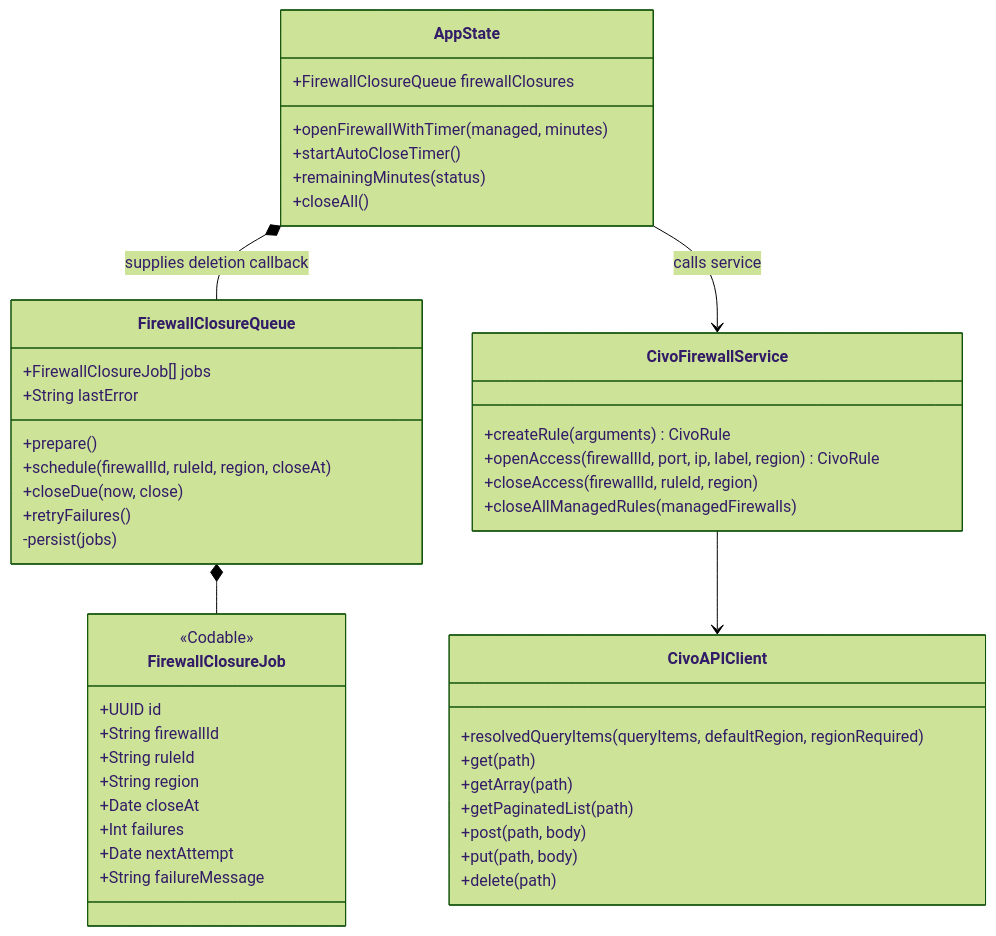
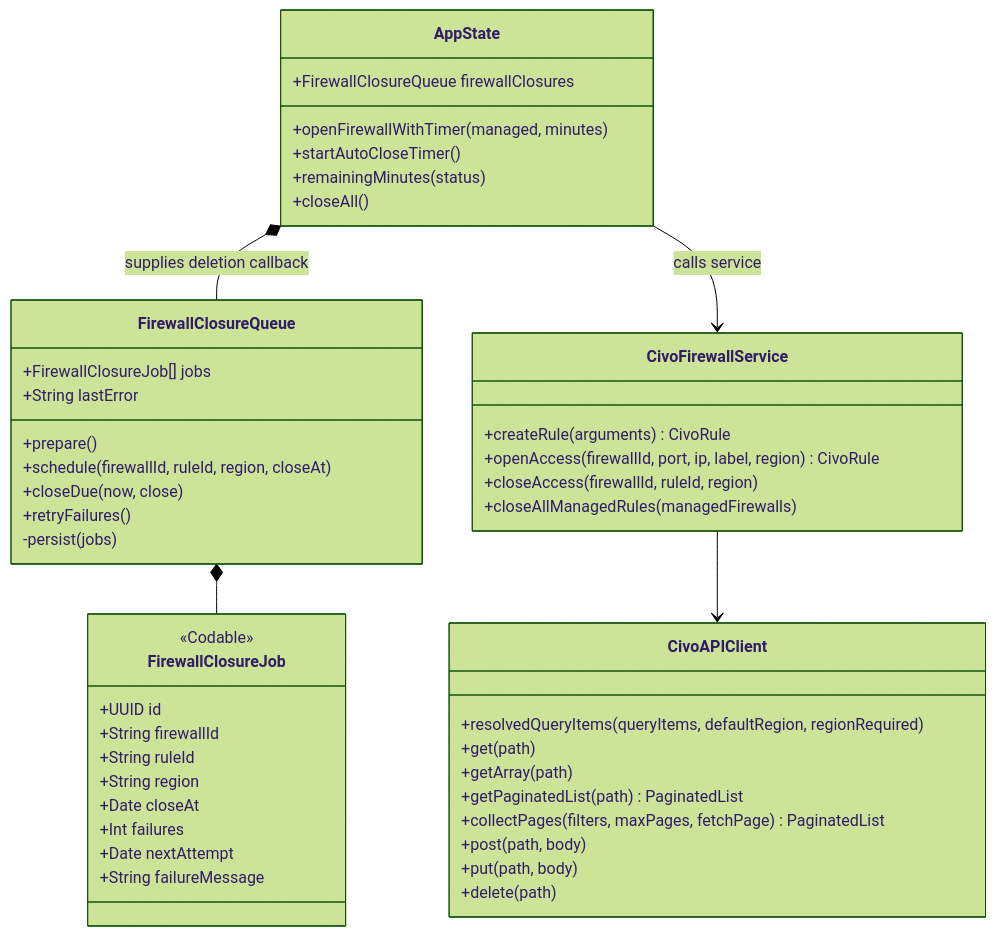
The third of 12 diagrams in README.md (marcelrgberger/civo-cloud-manager), drawn with Mermaid (forest theme) before and after one commit. The commit also changed other lines of this file and 21 other files, not shown here.

First line of the commit message:
Load every page of paginated Civo lists and flag incomplete results

````diff
--- a/README.md
+++ b/README.md
@@ -117,49 +117,50 @@
 ```mermaid
 classDiagram
     class AppState {
         +FirewallClosureQueue firewallClosures
         +openFirewallWithTimer(managed, minutes)
         +startAutoCloseTimer()
         +remainingMinutes(status)
         +closeAll()
     }
     class FirewallClosureQueue {
         +FirewallClosureJob[] jobs
         +String lastError
         +prepare()
         +schedule(firewallId, ruleId, region, closeAt)
         +closeDue(now, close)
         +retryFailures()
         -persist(jobs)
     }
     class FirewallClosureJob {
         <<Codable>>
         +UUID id
         +String firewallId
         +String ruleId
         +String region
         +Date closeAt
         +Int failures
         +Date nextAttempt
         +String failureMessage
     }
     class CivoFirewallService {
         +createRule(arguments) CivoRule
         +openAccess(firewallId, port, ip, label, region) CivoRule
         +closeAccess(firewallId, ruleId, region)
         +closeAllManagedRules(managedFirewalls)
     }
     class CivoAPIClient {
         +resolvedQueryItems(queryItems, defaultRegion, regionRequired)
         +get(path)
         +getArray(path)
-        +getPaginatedList(path)
+        +getPaginatedList(path) PaginatedList
+        +collectPages(filters, maxPages, fetchPage) PaginatedList
         +post(path, body)
         +put(path, body)
         +delete(path)
     }
     AppState *-- FirewallClosureQueue : supplies deletion callback
     FirewallClosureQueue *-- FirewallClosureJob
     AppState --> CivoFirewallService : calls service
     CivoFirewallService --> CivoAPIClient
 ```
````
